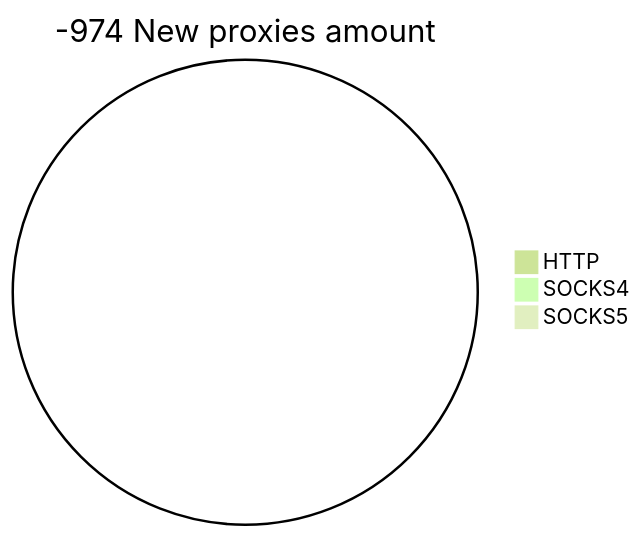
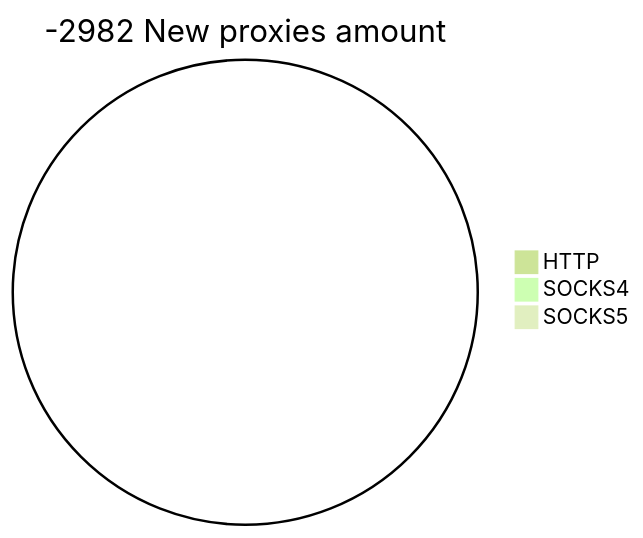
One commit to cutipu/proxylist changed the second of 2 diagrams in README.md. Above: the diagram before and after it, drawn with Mermaid (forest theme). The commit also changed other lines of this file, not shown here.

````diff
--- a/README.md
+++ b/README.md
@@ -10,6 +10,6 @@
 ```mermaid
-pie title -974 New proxies amount
+pie title -2982 New proxies amount
     "HTTP" : 0
     "SOCKS4" : 0
     "SOCKS5" : 0
 ```
````
